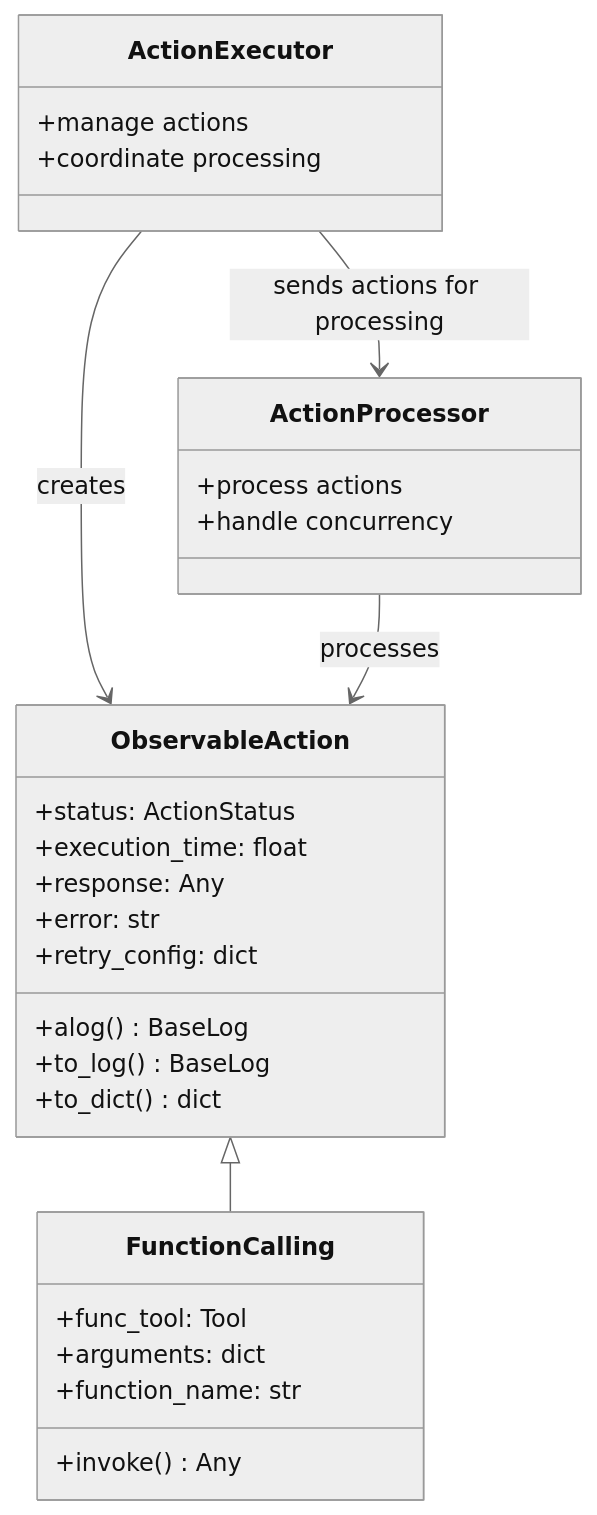
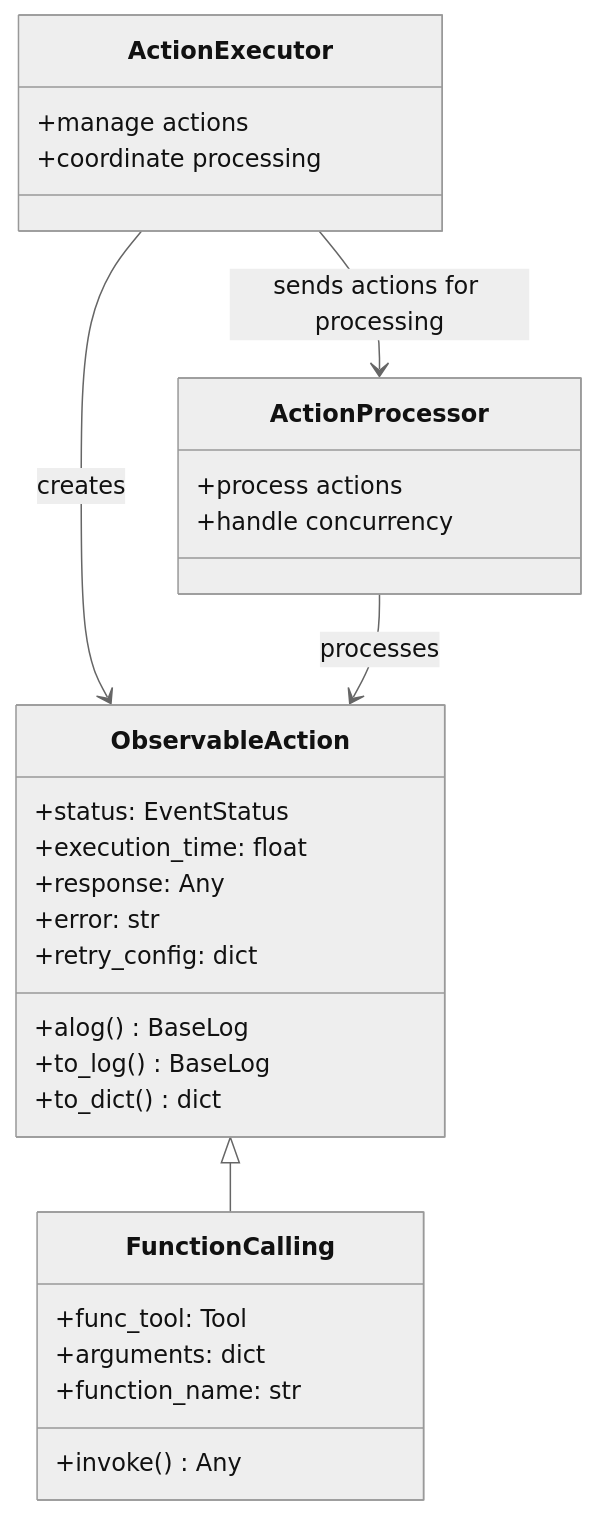
Before and after one commit to lion-agi/lion-core: the diagram in md_docs/api_reference/action_processor.md, drawn with Mermaid (neutral theme). The commit also changed 4 other files, not shown here.

Commit message:
removed action status, use event status now

````diff
--- a/md_docs/api_reference/action_processor.md
+++ b/md_docs/api_reference/action_processor.md
@@ -6,35 +6,35 @@
 ```mermaid
 classDiagram
     class ObservableAction {
-        +status: ActionStatus
+        +status: EventStatus
         +execution_time: float
         +response: Any
         +error: str
         +retry_config: dict
         +alog() BaseLog
         +to_log() BaseLog
         +to_dict() dict
     }
 
     class FunctionCalling {
         +func_tool: Tool
         +arguments: dict
         +function_name: str
         +invoke() Any
     }
 
     class ActionExecutor {
         +manage actions
         +coordinate processing
     }
 
     class ActionProcessor {
         +process actions
         +handle concurrency
     }
 
     ObservableAction <|-- FunctionCalling
     ActionExecutor --> ObservableAction : creates
     ActionProcessor --> ObservableAction : processes
     ActionExecutor --> ActionProcessor : sends actions for processing
 ```
````
